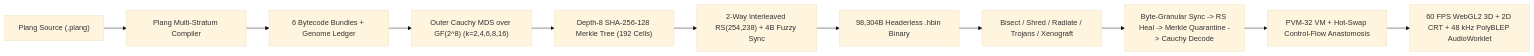
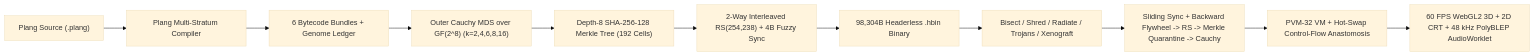
The diagram in README.md (0thernes/planaria), drawn with Mermaid (base theme) before and after one commit. The commit also changed other lines of this file and 126 other files, not shown here.

````diff
--- a/README.md
+++ b/README.md
@@ -61,13 +89,13 @@
 ```mermaid
 flowchart LR
   SRC["Plang Source (.plang)"] --> CMP["Plang Multi-Stratum Compiler"]
   CMP --> BUNDLES["6 Bytecode Bundles + Genome Ledger"]
   BUNDLES --> CAUCHY["Outer Cauchy MDS over GF(2^8) (k=2,4,6,8,16)"]
   CAUCHY --> MERKLE["Depth-8 SHA-256-128 Merkle Tree (192 Cells)"]
   MERKLE --> RS["2-Way Interleaved RS(254,238) + 4B Fuzzy Sync"]
   RS --> HBIN["98,304B Headerless .hbin Binary"]
   HBIN --> SURG["Bisect / Shred / Radiate / Trojans / Xenograft"]
-  SURG --> DEC["Byte-Granular Sync -> RS Heal -> Merkle Quarantine -> Cauchy Decode"]
+  SURG --> DEC["Sliding Sync + Backward Flywheel -> RS -> Merkle Quarantine -> Cauchy"]
   DEC --> PVM["PVM-32 VM + Hot-Swap Control-Flow Anastomosis"]
   PVM --> OUT["60 FPS WebGL2 3D + 2D CRT + 48 kHz PolyBLEP AudioWorklet"]
 ```
````
